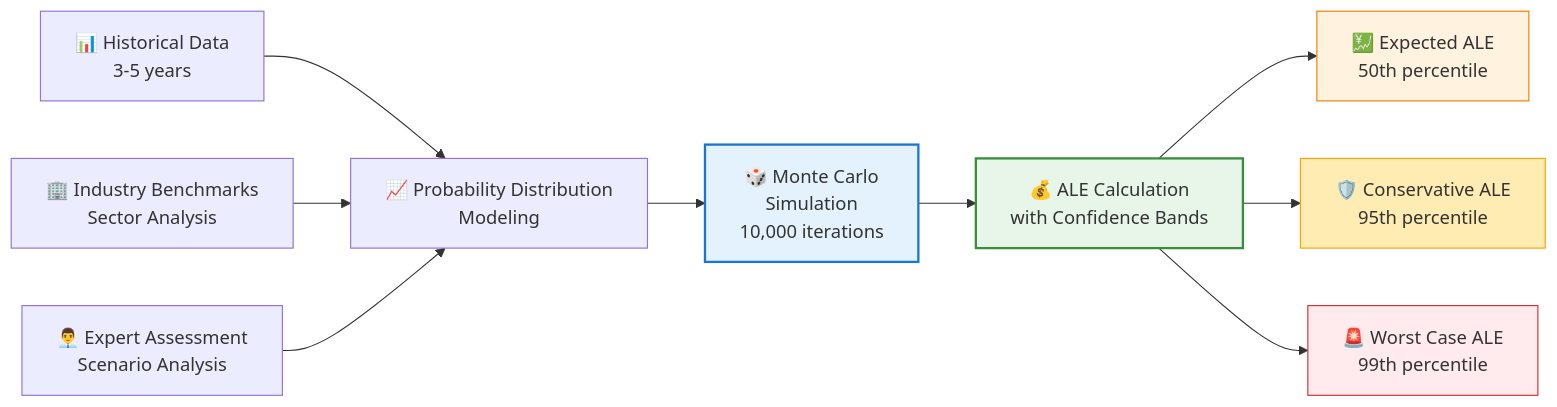
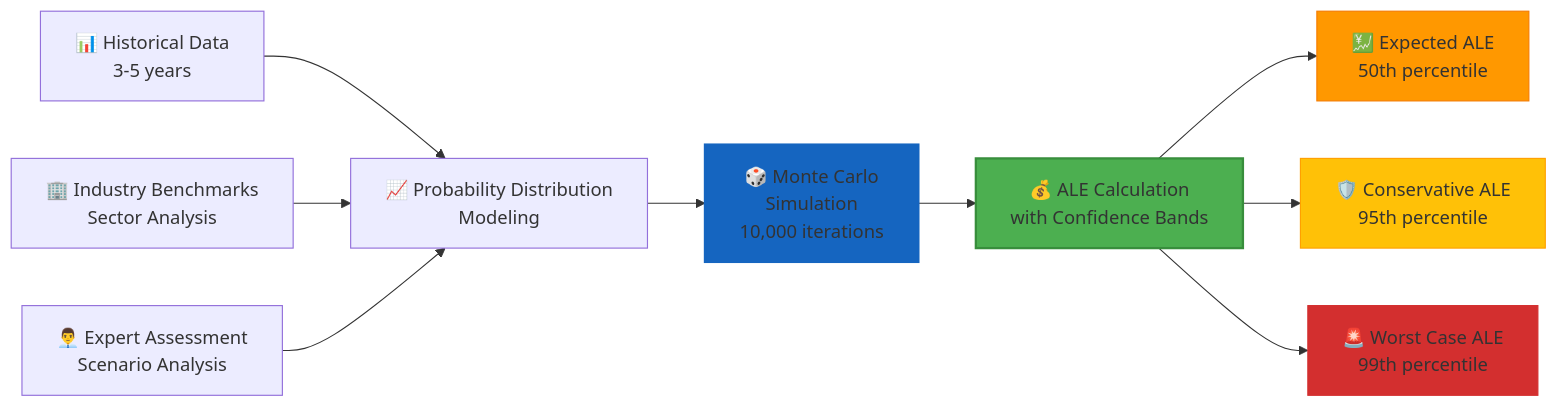
One commit to Hack23/ISMS-PUBLIC changed the second of 4 diagrams in Risk_Assessment_Methodology.md. Above: the diagram before and after it, drawn with Mermaid. The commit also changed other lines of this file and 35 other files, not shown here.

````diff
--- a/Risk_Assessment_Methodology.md
+++ b/Risk_Assessment_Methodology.md
@@ -184,22 +184,22 @@
 ```mermaid
 graph LR
     A[📊 Historical Data<br/>3-5 years] --> B[📈 Probability Distribution<br/>Modeling]
     
     C[🏢 Industry Benchmarks<br/>Sector Analysis] --> B
     
     D[👨‍💼 Expert Assessment<br/>Scenario Analysis] --> B
     
     B --> E[🎲 Monte Carlo<br/>Simulation<br/>10,000 iterations]
     
     E --> F[💰 ALE Calculation<br/>with Confidence Bands]
     
     F --> G[💹 Expected ALE<br/>50th percentile]
     F --> H[🛡️ Conservative ALE<br/>95th percentile]
     F --> I[🚨 Worst Case ALE<br/>99th percentile]
     
-    style E fill:#e3f2fd,stroke:#1976d2,stroke-width:2px
-    style F fill:#e8f5e9,stroke:#388e3c,stroke-width:2px
-    style G fill:#fff3e0,stroke:#f57c00,stroke-width:1px
-    style H fill:#ffecb3,stroke:#ffa000,stroke-width:1px
-    style I fill:#ffebee,stroke:#d32f2f,stroke-width:1px
+    style E fill:#1565C0,stroke:#1565C0,stroke-width:2px
+    style F fill:#4CAF50,stroke:#388e3c,stroke-width:2px
+    style G fill:#FF9800,stroke:#f57c00,stroke-width:1px
+    style H fill:#FFC107,stroke:#ffa000,stroke-width:1px
+    style I fill:#D32F2F,stroke:#d32f2f,stroke-width:1px
 ```
````
